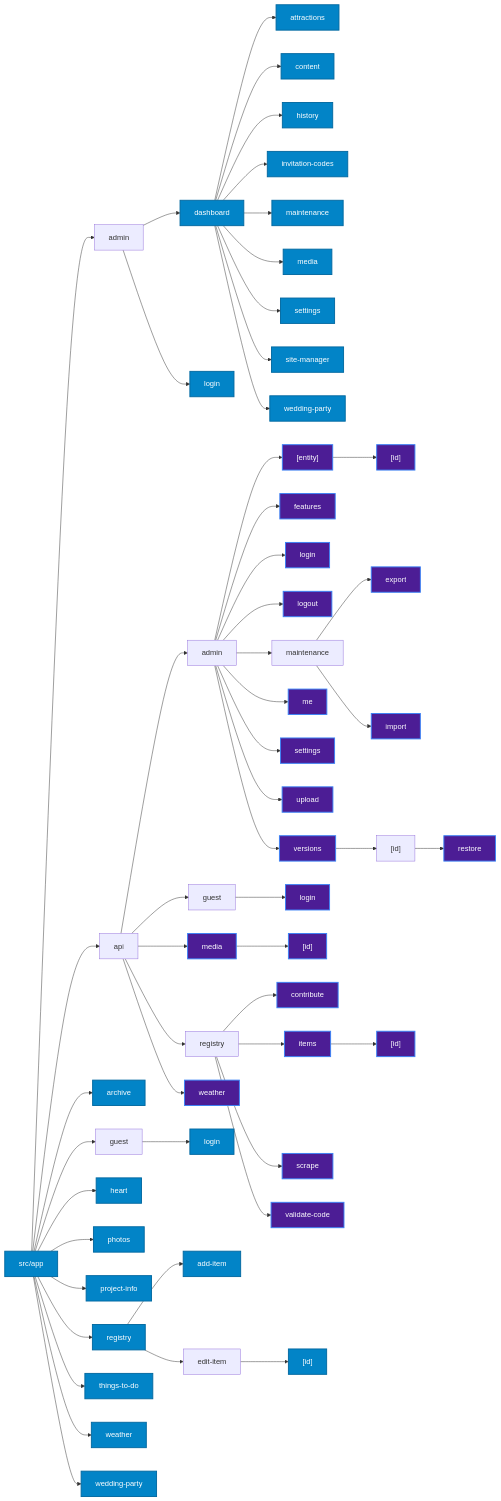
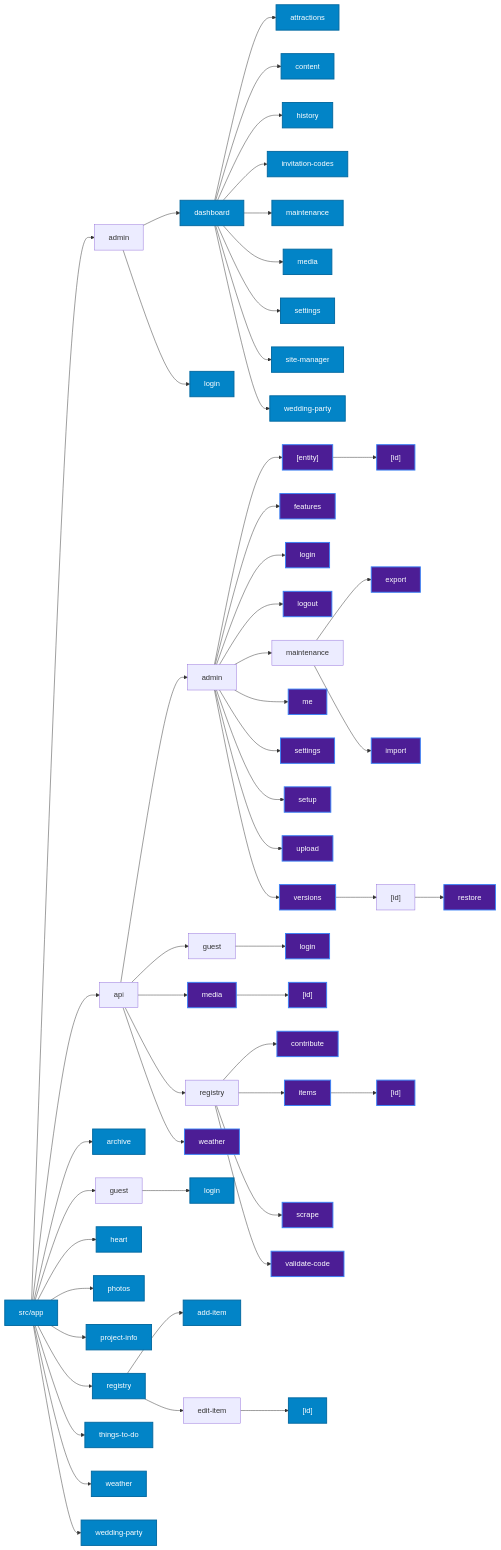
The second of 2 diagrams in ARCHITECTURE.md (fderuiter/wedding_website), drawn with Mermaid before and after one commit. The commit also changed 16 other files, not shown here.

Commit message:
feat(security): implement secure first-run bootstrap flow and eliminate default admin credentials

```diff
--- a/ARCHITECTURE.md
+++ b/ARCHITECTURE.md
@@ -87,6 +87,7 @@
     node_api_admin_maintenance_import["import"]
     node_api_admin_me["me"]
     node_api_admin_settings["settings"]
+    node_api_admin_setup["setup"]
     node_api_admin_upload["upload"]
     node_api_admin_versions["versions"]
     node_api_admin_versions_id["[id]"]
@@ -139,6 +140,7 @@
     node_api_admin_maintenance --> node_api_admin_maintenance_import
     node_api_admin --> node_api_admin_me
     node_api_admin --> node_api_admin_settings
+    node_api_admin --> node_api_admin_setup
     node_api_admin --> node_api_admin_upload
     node_api_admin --> node_api_admin_versions
     node_api_admin_versions --> node_api_admin_versions_id
@@ -188,6 +190,7 @@
     class node_api_admin_maintenance_import api;
     class node_api_admin_me api;
     class node_api_admin_settings api;
+    class node_api_admin_setup api;
     class node_api_admin_upload api;
     class node_api_admin_versions api;
     class node_api_admin_versions_id_restore api;
```
